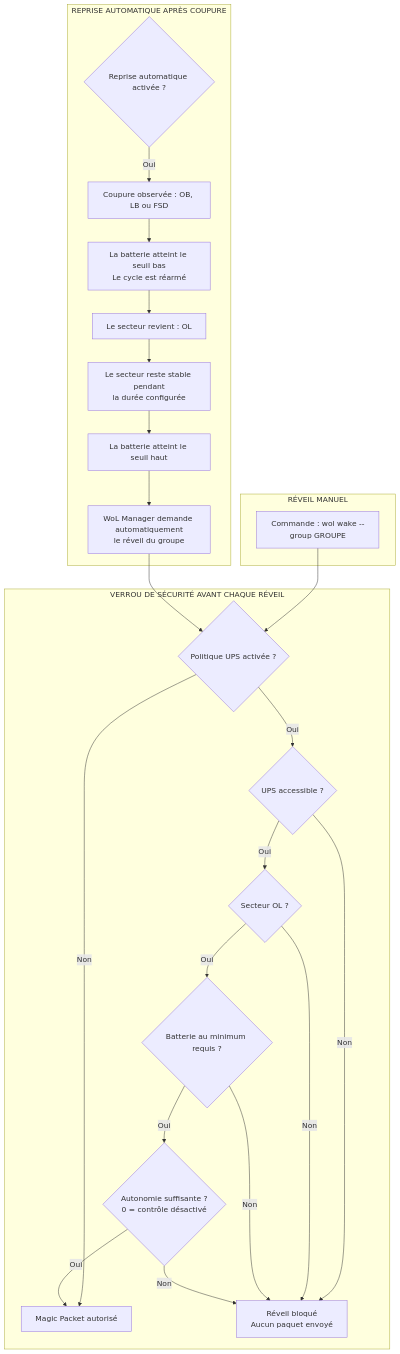
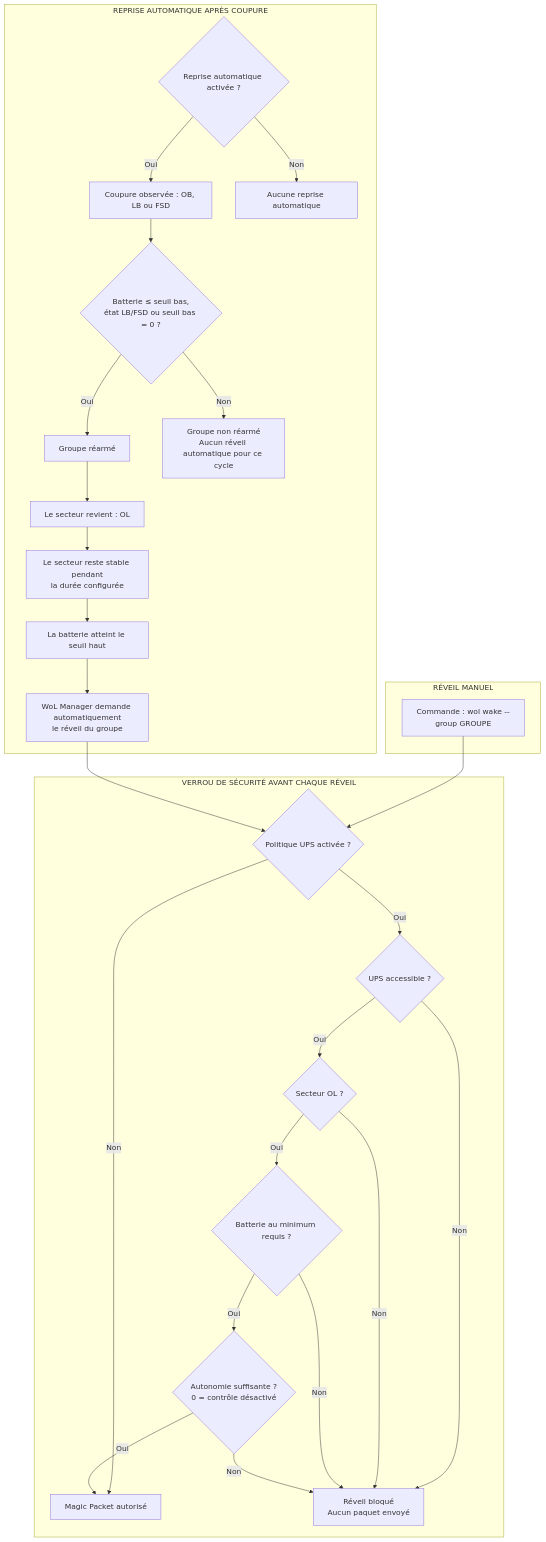
The diagram in docs/nut.md (HaasGa-Factory/WOL-Manager), drawn with Mermaid before and after one commit. The commit also changed other lines of this file, not shown here.

Commit message:
Clarify NUT low-battery rearming flow
Correct the NUT recovery diagram to document short power outages.

- Show the exact group rearming conditions
- Document LB and FSD behavior
- Explain that a short outage above the low threshold triggers no recovery
- Document that a 0% low threshold rearms on every observed outage

````diff
--- a/docs/nut.md
+++ b/docs/nut.md
@@ -30,47 +30,53 @@
 ```mermaid
 flowchart TD
     subgraph MANUEL["RÉVEIL MANUEL"]
         M1["Commande : wol wake --group GROUPE"]
     end
 
     subgraph AUTO["REPRISE AUTOMATIQUE APRÈS COUPURE"]
         A1{"Reprise automatique activée ?"}
         A2["Coupure observée : OB, LB ou FSD"]
-        A3["La batterie atteint le seuil bas<br/>Le cycle est réarmé"]
-        A4["Le secteur revient : OL"]
-        A5["Le secteur reste stable pendant<br/>la durée configurée"]
-        A6["La batterie atteint le seuil haut"]
-        A7["WoL Manager demande automatiquement<br/>le réveil du groupe"]
+        A3{"Batterie ≤ seuil bas,<br/>état LB/FSD ou seuil bas = 0 ?"}
+        A4["Groupe réarmé"]
+        A5["Groupe non réarmé<br/>Aucun réveil automatique pour ce cycle"]
+        A6["Le secteur revient : OL"]
+        A7["Le secteur reste stable pendant<br/>la durée configurée"]
+        A8["La batterie atteint le seuil haut"]
+        A9["WoL Manager demande automatiquement<br/>le réveil du groupe"]
+        OFF["Aucune reprise automatique"]
 
         A1 -->|Oui| A2
+        A1 -->|Non| OFF
         A2 --> A3
-        A3 --> A4
-        A4 --> A5
-        A5 --> A6
+        A3 -->|Oui| A4
+        A3 -->|Non| A5
+        A4 --> A6
         A6 --> A7
+        A7 --> A8
+        A8 --> A9
     end
 
     subgraph SECURITE["VERROU DE SÉCURITÉ AVANT CHAQUE RÉVEIL"]
         S1{"Politique UPS activée ?"}
         S2{"UPS accessible ?"}
         S3{"Secteur OL ?"}
         S4{"Batterie au minimum requis ?"}
         S5{"Autonomie suffisante ?<br/>0 = contrôle désactivé"}
         OK["Magic Packet autorisé"]
         STOP["Réveil bloqué<br/>Aucun paquet envoyé"]
 
         S1 -->|Non| OK
         S1 -->|Oui| S2
         S2 -->|Non| STOP
         S2 -->|Oui| S3
         S3 -->|Non| STOP
         S3 -->|Oui| S4
         S4 -->|Non| STOP
         S4 -->|Oui| S5
         S5 -->|Non| STOP
         S5 -->|Oui| OK
     end
 
     M1 --> S1
-    A7 --> S1
+    A9 --> S1
 ```
````
